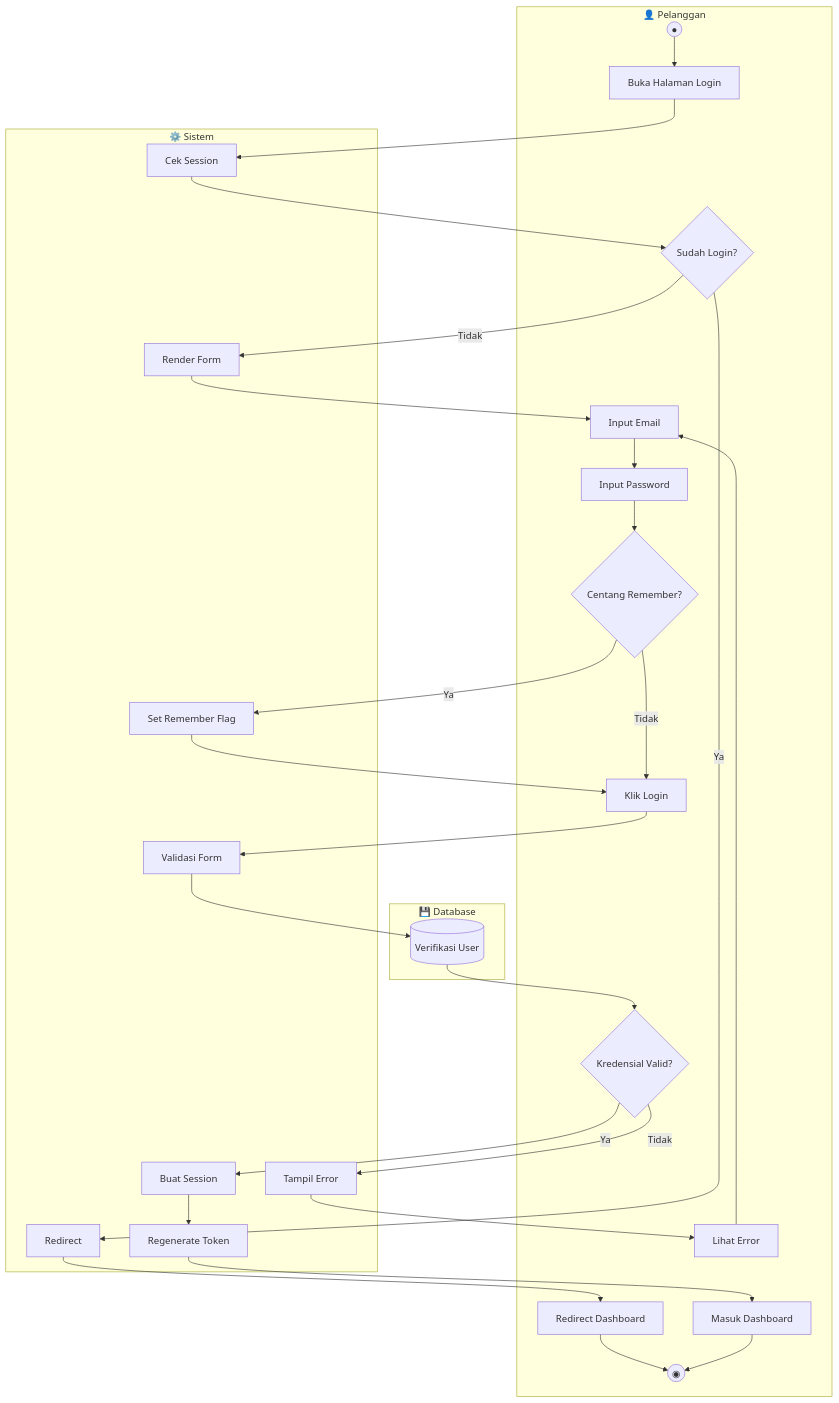
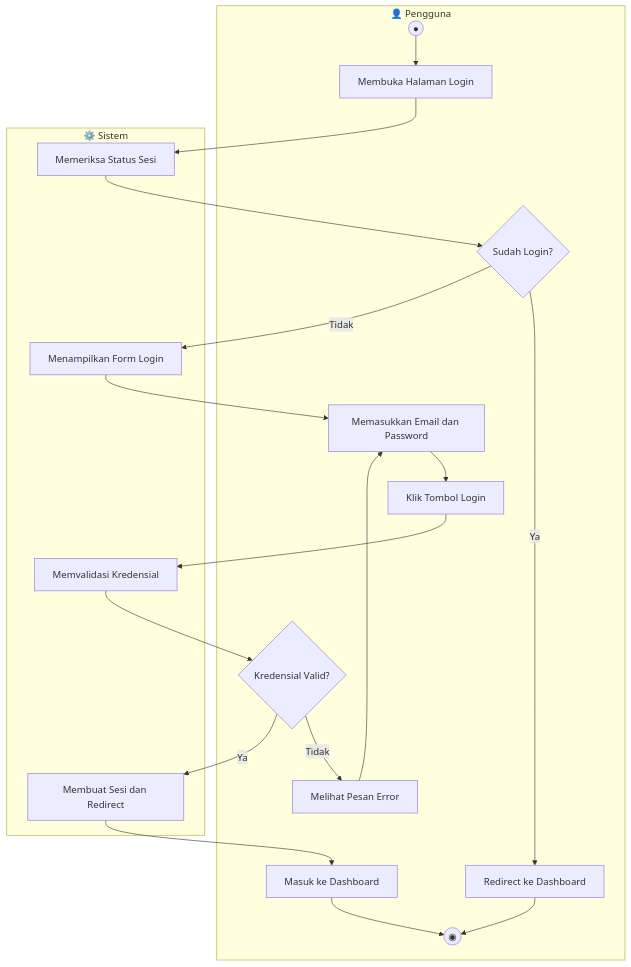
The ninth of 17 diagrams in docs/ACTIVITY_DIAGRAMS.md (mustarisyahding07-spec/WEBSITE_SKRIPSI_MUSTARI), drawn with Mermaid before and after one commit. The commit also changed other lines of this file, not shown here.

Commit message:
docs: simplify activity diagrams and add academic explanations

````diff
--- a/docs/ACTIVITY_DIAGRAMS.md
+++ b/docs/ACTIVITY_DIAGRAMS.md
@@ -500,56 +384,38 @@
 ```mermaid
 flowchart TD
-    subgraph Pelanggan["👤 Pelanggan"]
+    subgraph Pengguna["👤 Pengguna"]
         P1((●))
-        P2[Buka Halaman Login]
+        P2[Membuka Halaman Login]
         P3{Sudah Login?}
-        P4[Redirect Dashboard]
-        P5[Input Email]
-        P6[Input Password]
-        P7{Centang Remember?}
-        P8[Klik Login]
-        P9{Kredensial Valid?}
-        P10[Lihat Error]
-        P11[Masuk Dashboard]
-        P12((◉))
+        P4[Redirect ke Dashboard]
+        P5[Memasukkan Email dan Password]
+        P6[Klik Tombol Login]
+        P7{Kredensial Valid?}
+        P8[Melihat Pesan Error]
+        P9[Masuk ke Dashboard]
+        P10((◉))
     end
-    
+
     subgraph Sistem["⚙️ Sistem"]
-        S1[Cek Session]
-        S2[Render Form]
-        S3[Set Remember Flag]
-        S4[Validasi Form]
-        S5[Tampil Error]
-        S6[Buat Session]
-        S7[Regenerate Token]
-        S8[Redirect]
+        S1[Memeriksa Status Sesi]
+        S2[Menampilkan Form Login]
+        S3[Memvalidasi Kredensial]
+        S4[Membuat Sesi dan Redirect]
     end
-    
-    subgraph Database["💾 Database"]
-        D1[(Verifikasi User)]
-    end
-    
+
     P1 --> P2
     P2 --> S1
     S1 --> P3
-    P3 -->|Ya| S8
-    S8 --> P4
-    P4 --> P12
+    P3 -->|Ya| P4
+    P4 --> P10
     P3 -->|Tidak| S2
     S2 --> P5
     P5 --> P6
-    P6 --> P7
-    P7 -->|Ya| S3
-    S3 --> P8
+    P6 --> S3
+    S3 --> P7
     P7 -->|Tidak| P8
-    P8 --> S4
-    S4 --> D1
-    D1 --> P9
-    P9 -->|Tidak| S5
-    S5 --> P10
-    P10 --> P5
-    P9 -->|Ya| S6
-    S6 --> S7
-    S7 --> P11
-    P11 --> P12
+    P8 --> P5
+    P7 -->|Ya| S4
+    S4 --> P9
+    P9 --> P10
 ```
````
